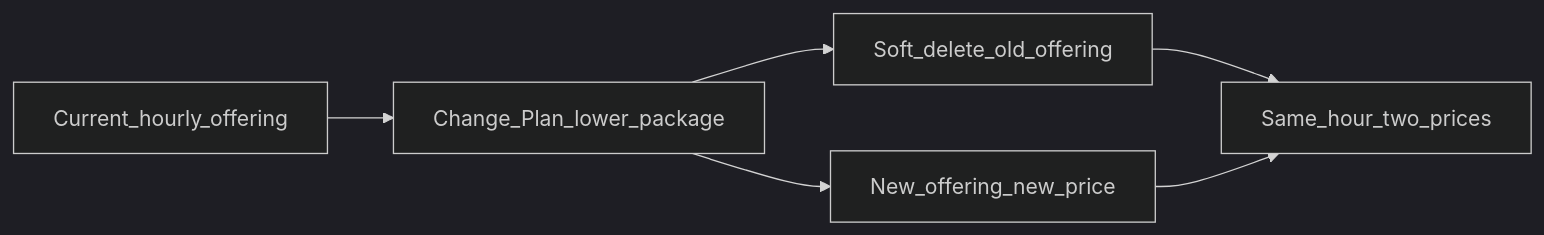
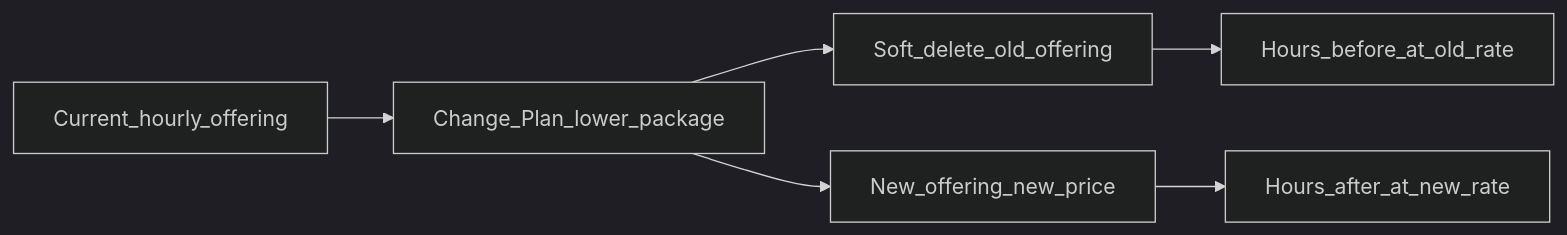
One commit to satish-londhe/admin-docs changed the diagram in docs/orchestrator-features/cloudstack/virtual-machine/vm-downgrade.md. Above: the diagram before and after it, drawn with Mermaid (dark theme). The commit also changed other lines of this file, not shown here.

````diff
--- a/docs/orchestrator-features/cloudstack/virtual-machine/vm-downgrade.md
+++ b/docs/orchestrator-features/cloudstack/virtual-machine/vm-downgrade.md
@@ -111,8 +132,8 @@
 ```mermaid
 flowchart LR
   Current[Current_hourly_offering] --> Change[Change_Plan_lower_package]
   Change --> SoftDel[Soft_delete_old_offering]
   Change --> NewOff[New_offering_new_price]
-  SoftDel --> SplitHour[Same_hour_two_prices]
-  NewOff --> SplitHour
+  SoftDel --> Hours[Hours_before_at_old_rate]
+  NewOff --> After[Hours_after_at_new_rate]
 ```
````
